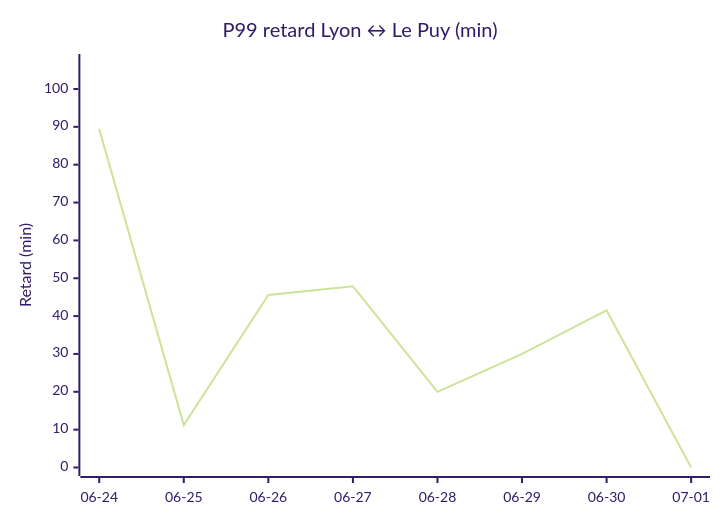
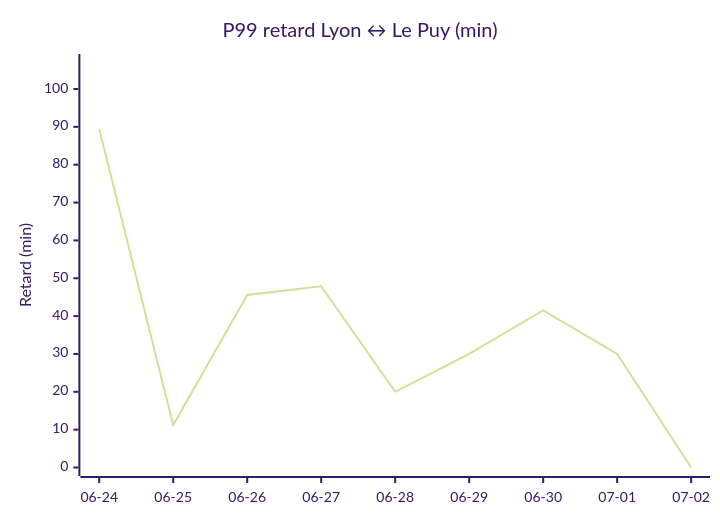
One commit to antoinerep/horaire-ter changed the fourth of 4 diagrams in STATS.md. Above: the diagram before and after it, drawn with Mermaid (forest theme). The commit also changed other lines of this file and 1 other file, not shown here.

````diff
--- a/STATS.md
+++ b/STATS.md
@@ -90,7 +91,7 @@
 ```mermaid
 xychart-beta
     title "P99 retard Lyon ↔ Le Puy (min)"
-    x-axis ["06-24", "06-25", "06-26", "06-27", "06-28", "06-29", "06-30", "07-01"]
+    x-axis ["06-24", "06-25", "06-26", "06-27", "06-28", "06-29", "06-30", "07-01", "07-02"]
     y-axis "Retard (min)" 0 --> 107
-    line [89.4, 11.2, 45.6, 47.9, 20.0, 30.0, 41.5, 0.0]
+    line [89.4, 11.2, 45.6, 47.9, 20.0, 30.0, 41.5, 30.0, 0.0]
 ```
````
